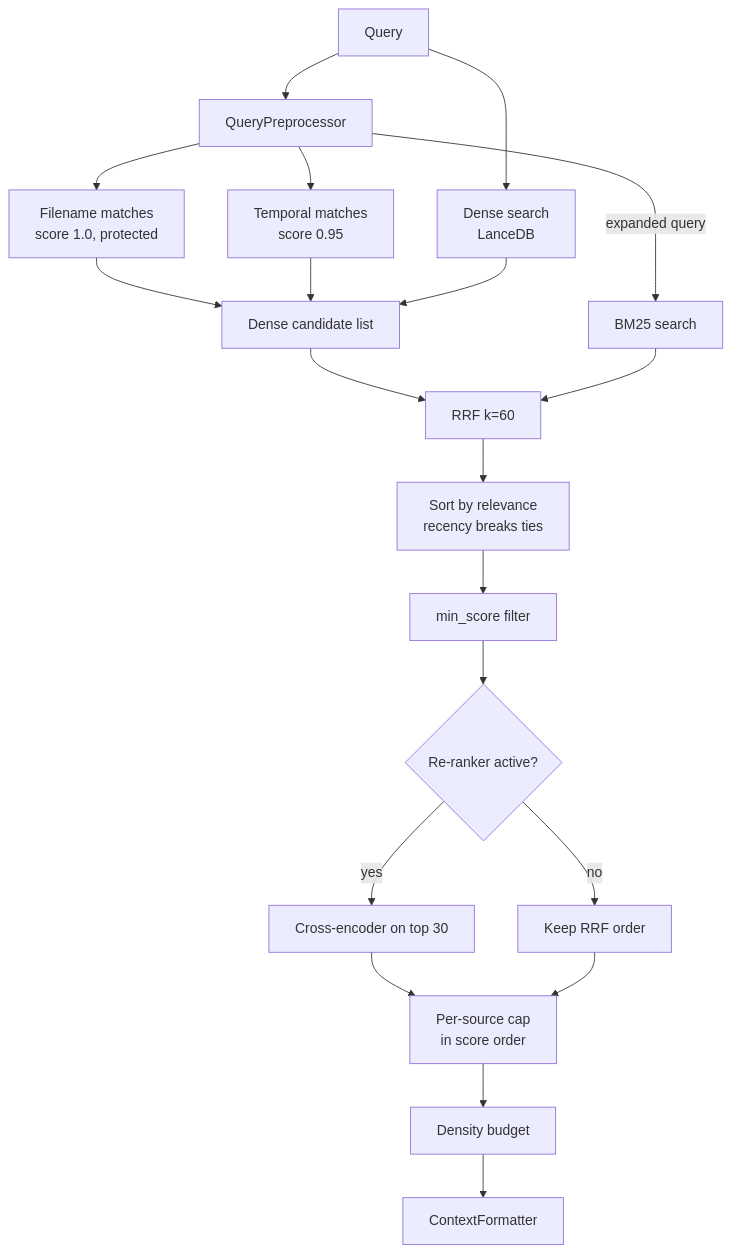
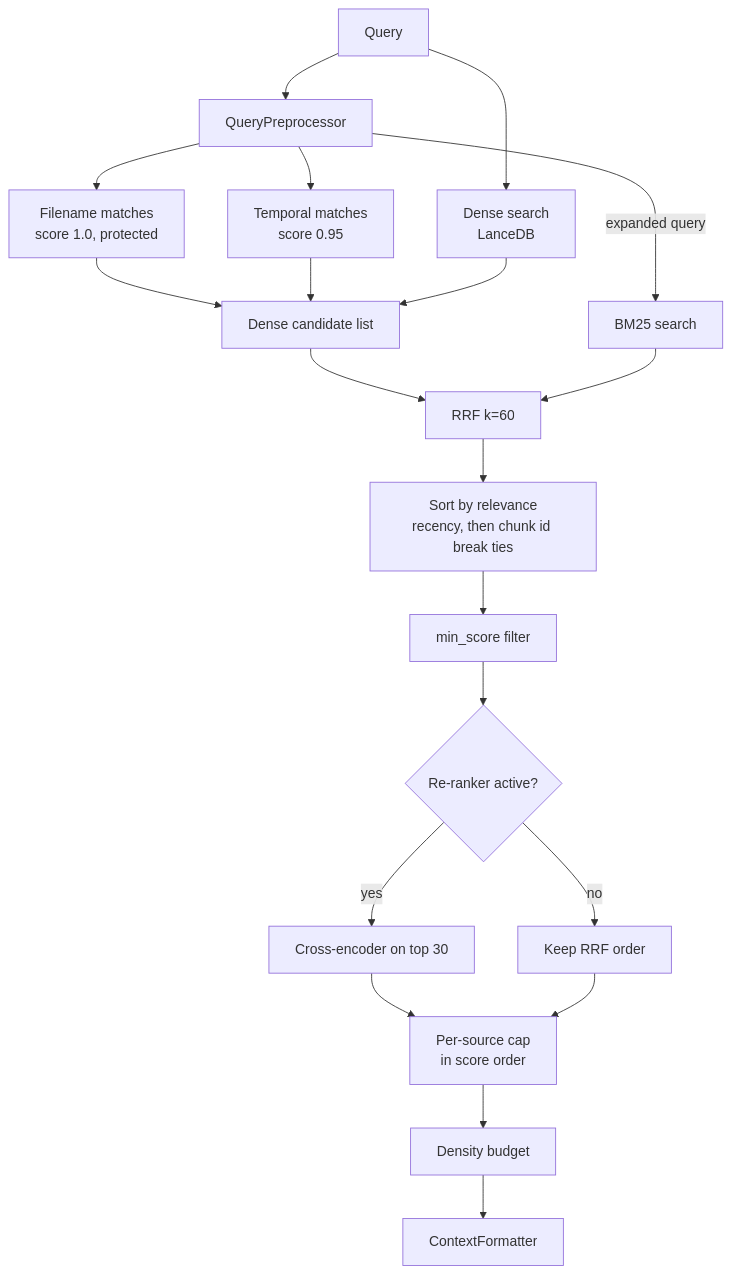
Before and after one commit to Levix-Digital/any-context: the diagram in docs/architecture/retrieval.md, drawn with Mermaid. The commit also changed other lines of this file and 6 other files, not shown here.

````diff
--- a/docs/architecture/retrieval.md
+++ b/docs/architecture/retrieval.md
@@ -36,18 +37,18 @@
 ```mermaid
 flowchart TD
     Q[Query] --> P[QueryPreprocessor]
     P --> F[Filename matches<br/>score 1.0, protected]
     P --> T[Temporal matches<br/>score 0.95]
     Q --> D[Dense search<br/>LanceDB]
     P -->|expanded query| B[BM25 search]
     F & T & D --> DL[Dense candidate list]
     DL & B --> RRF[RRF k=60]
-    RRF --> SORT[Sort by relevance<br/>recency breaks ties]
+    RRF --> SORT[Sort by relevance<br/>recency, then chunk id break ties]
     SORT --> MS[min_score filter]
     MS --> RR{Re-ranker active?}
     RR -->|yes| CE[Cross-encoder on top 30]
     RR -->|no| KEEP[Keep RRF order]
     CE & KEEP --> DIV[Per-source cap<br/>in score order]
     DIV --> BUD[Density budget]
     BUD --> FMT[ContextFormatter]
 ```
````
